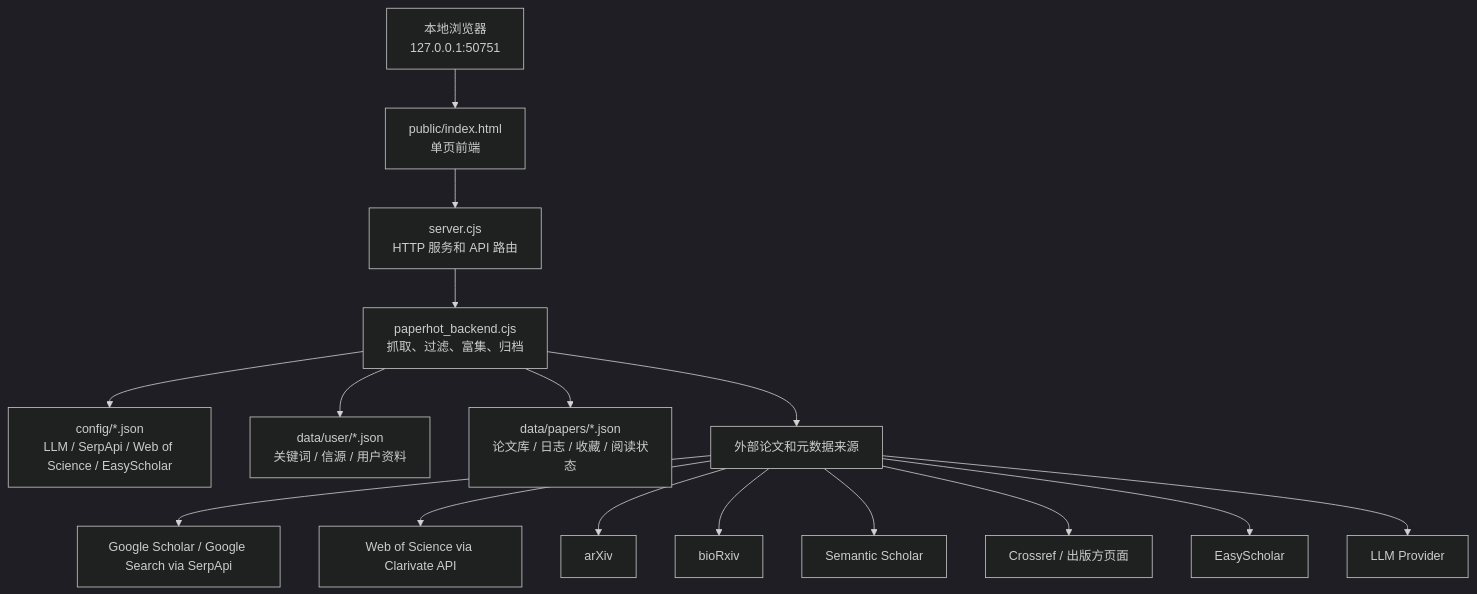
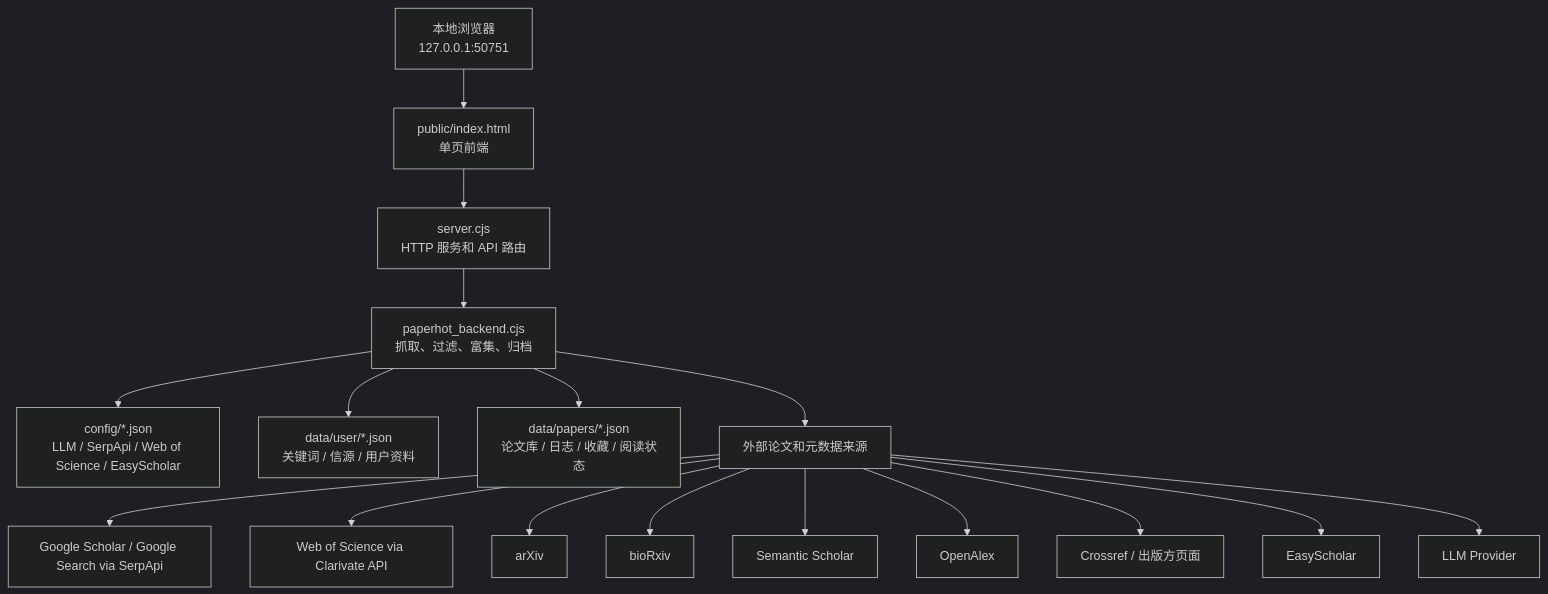
The diagram in README.md (gouwenct/paperHot), drawn with Mermaid (dark theme) before and after one commit. The commit also changed other lines of this file and 15 other files, not shown here.

````diff
--- a/README.md
+++ b/README.md
@@ -312,20 +323,21 @@
 ```mermaid
 flowchart TD
     Browser["本地浏览器<br/>127.0.0.1:50751"] --> Frontend["public/index.html<br/>单页前端"]
     Frontend --> Server["server.cjs<br/>HTTP 服务和 API 路由"]
     Server --> Core["paperhot_backend.cjs<br/>抓取、过滤、富集、归档"]
 
     Core --> Config["config/*.json<br/>LLM / SerpApi / Web of Science / EasyScholar"]
     Core --> UserData["data/user/*.json<br/>关键词 / 信源 / 用户资料"]
     Core --> PaperData["data/papers/*.json<br/>论文库 / 日志 / 收藏 / 阅读状态"]
 
     Core --> Sources["外部论文和元数据来源"]
     Sources --> Google["Google Scholar / Google Search via SerpApi"]
     Sources --> WoS["Web of Science via Clarivate API"]
     Sources --> Arxiv["arXiv"]
     Sources --> Biorxiv["bioRxiv"]
     Sources --> Semantic["Semantic Scholar"]
+    Sources --> OpenAlex["OpenAlex"]
     Sources --> Crossref["Crossref / 出版方页面"]
     Sources --> EasyScholar["EasyScholar"]
     Sources --> LLM["LLM Provider"]
 ```
````
